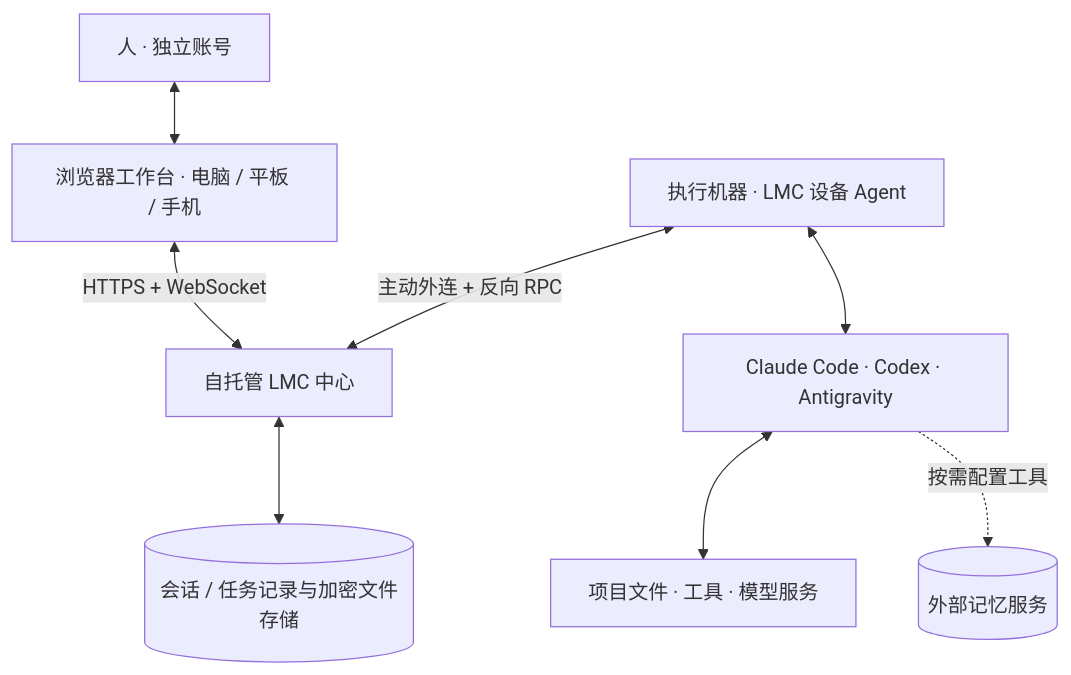
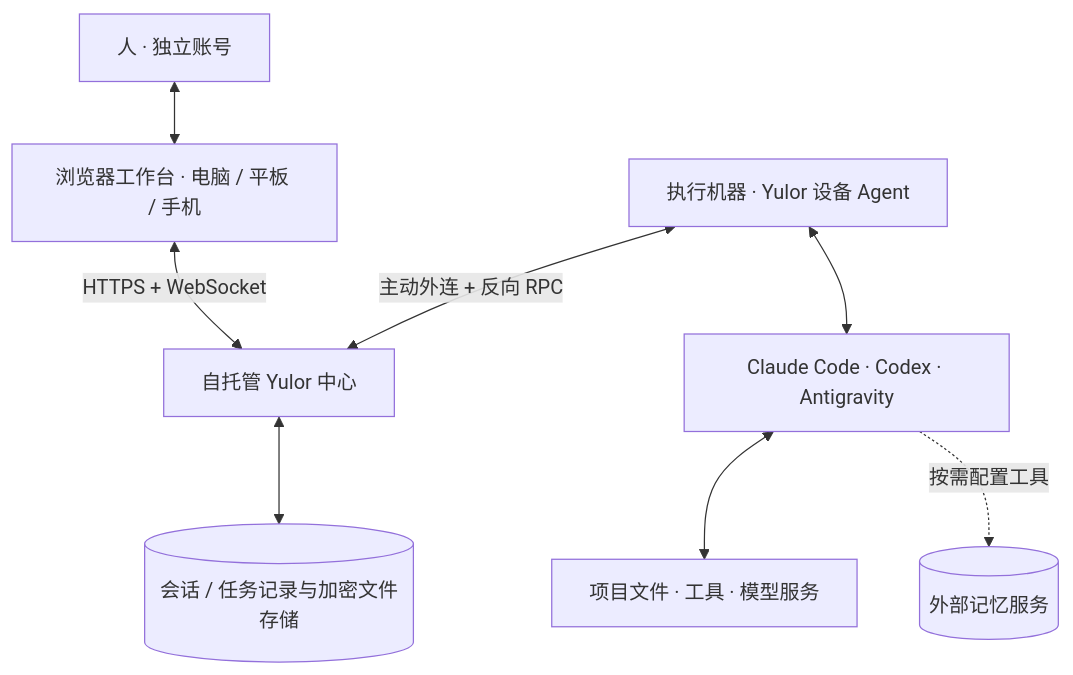
The diagram in README.zh-CN.md (MoeAisaka/lmc-workspace), drawn with Mermaid before and after one commit. The commit also changed other lines of this file and 66 other files, not shown here.

Commit message:
feat: rename LMC workspace to Yulor with compatible CLI aliases

````diff
--- a/README.zh-CN.md
+++ b/README.zh-CN.md
@@ -123,10 +128,10 @@
 ```mermaid
 flowchart TB
     users["人 · 独立账号"] <--> browser["浏览器工作台 · 电脑 / 平板 / 手机"]
-    browser <-->|HTTPS + WebSocket| centre["自托管 LMC 中心"]
+    browser <-->|HTTPS + WebSocket| centre["自托管 Yulor 中心"]
     centre <--> storage[("会话 / 任务记录与加密文件存储")]
-    agent["执行机器 · LMC 设备 Agent"] <-->|主动外连 + 反向 RPC| centre
+    agent["执行机器 · Yulor 设备 Agent"] <-->|主动外连 + 反向 RPC| centre
     agent <--> cli["Claude Code · Codex · Antigravity"]
     cli <--> work["项目文件 · 工具 · 模型服务"]
     cli -. "按需配置工具" .-> memory[("外部记忆服务")]
 ```
````
